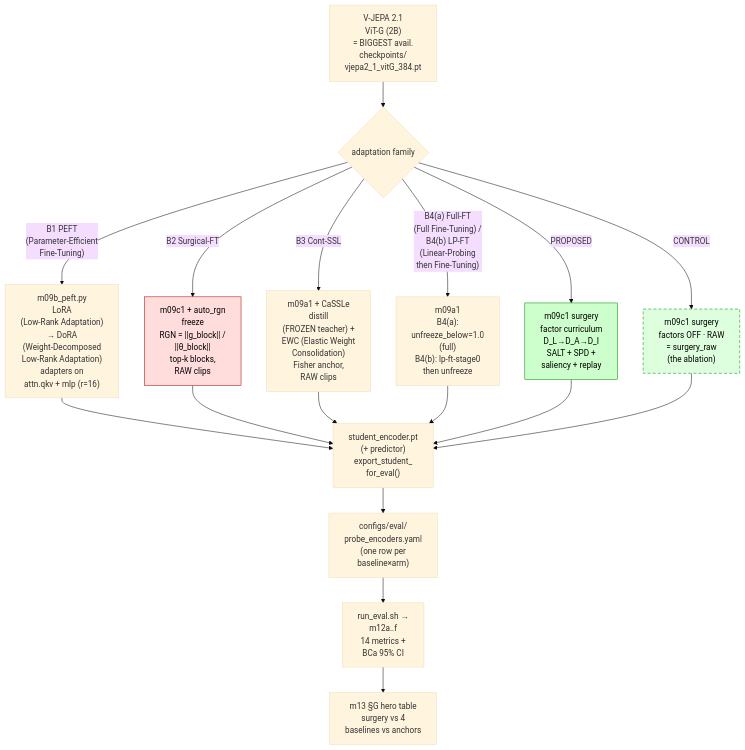
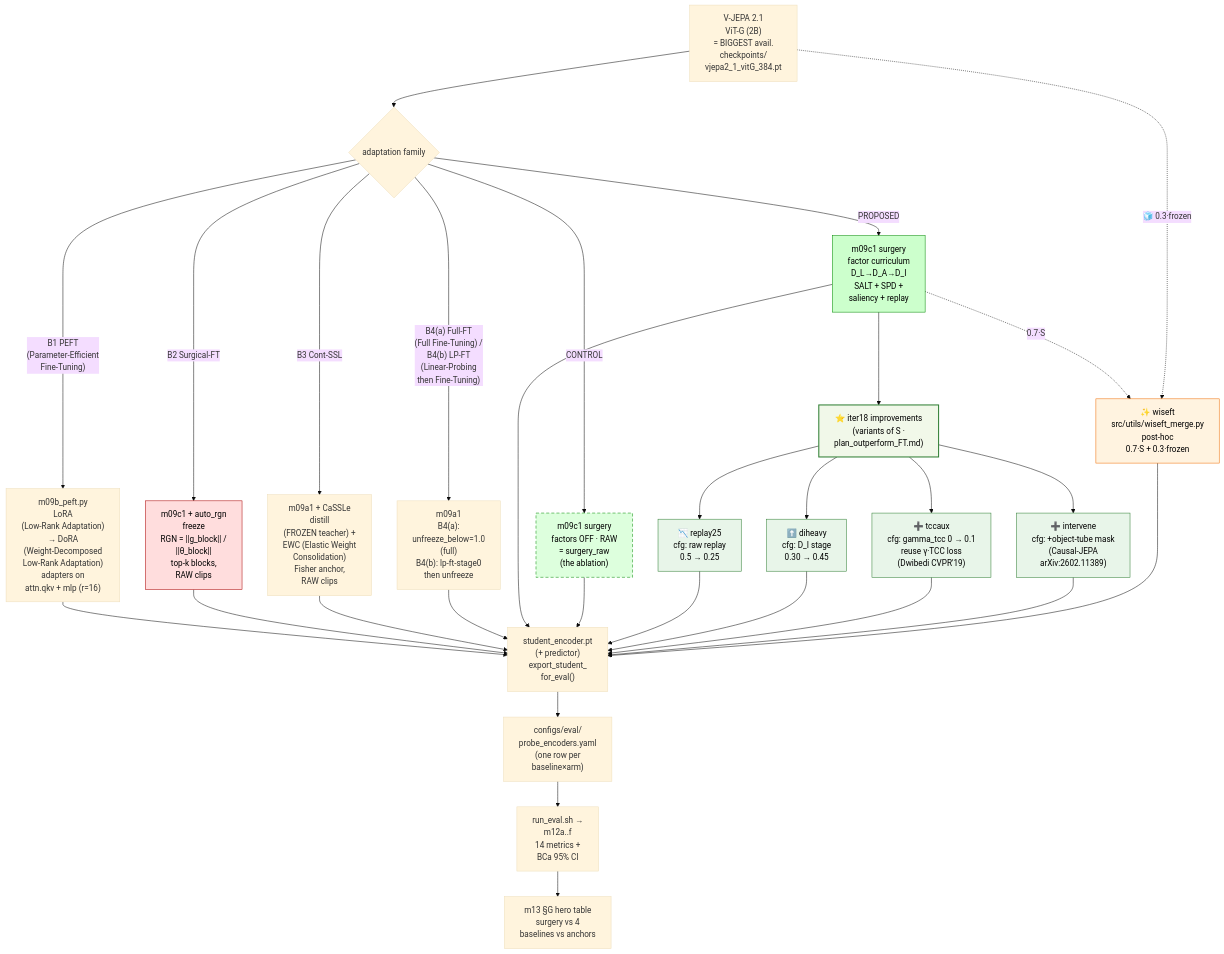
One commit to kapilw25/LLM_asAgent_3D_SR changed diagram 13 of 13 in iter/utils/high_level_mermaid_SD.md. Above: the diagram before and after it, drawn with Mermaid (base theme). The commit also changed other lines of this file and 13 other files, not shown here.

````diff
--- a/iter/utils/high_level_mermaid_SD.md
+++ b/iter/utils/high_level_mermaid_SD.md
@@ -456,20 +477,34 @@
 ```mermaid
 flowchart TD
     CKPT["V-JEPA 2.1<br>ViT-G (2B)<br>= BIGGEST avail.<br>checkpoints/<br>vjepa2_1_vitG_384.pt"] --> SEL{adaptation family}
 
     SEL -->|"B1 PEFT<br>(Parameter-Efficient<br>Fine-Tuning)"| B1["m09b_peft.py<br>LoRA<br>(Low-Rank Adaptation)<br>→ DoRA<br>(Weight-Decomposed<br>Low-Rank Adaptation)<br>adapters on<br>attn.qkv + mlp (r=16)"]
     SEL -->|"B2 Surgical-FT"| B2["m09c1 + auto_rgn<br>freeze<br>RGN = ||g_block|| /<br>||θ_block||<br>top-k blocks,<br>RAW clips"]
     SEL -->|"B3 Cont-SSL"| B3["m09a1 + CaSSLe<br>distill<br>(FROZEN teacher) +<br>EWC (Elastic Weight<br>Consolidation)<br>Fisher anchor,<br>RAW clips"]
     SEL -->|"B4(a) Full-FT<br>(Full Fine-Tuning) /<br>B4(b) LP-FT<br>(Linear-Probing<br>then Fine-Tuning)"| B4["m09a1<br>B4(a):<br>unfreeze_below=1.0<br>(full)<br>B4(b): lp-ft-stage0<br>then unfreeze"]
     SEL -->|"PROPOSED"| S["m09c1 surgery<br>factor curriculum<br>D_L→D_A→D_I<br>SALT + SPD +<br>saliency + replay"]
     SEL -->|"CONTROL"| SR["m09c1 surgery<br>factors OFF · RAW<br>= surgery_raw<br>(the ablation)"]
 
-    B1 & B2 & B3 & B4 & S & SR --> EXP["student_encoder.pt<br>(+ predictor)<br>export_student_<br>for_eval()"]
+    S --> IMP["⭐ iter18 improvements<br>(variants of S ·<br>plan_outperform_FT.md)"]
+    IMP --> V1["📉 replay25<br>cfg: raw replay<br>0.5 → 0.25"]
+    IMP --> V2["⬆️ diheavy<br>cfg: D_I stage<br>0.30 → 0.45"]
+    IMP --> V3["➕ tccaux<br>cfg: gamma_tcc 0 → 0.1<br>reuse γ·TCC loss<br>(Dwibedi CVPR'19)"]
+    IMP --> V4["➕ intervene<br>cfg: +object-tube mask<br>(Causal-JEPA<br>arXiv:2602.11389)"]
+    S -.->|"0.7·S"| V5["✨ wiseft<br>src/utils/wiseft_merge.py<br>post-hoc<br>0.7·S + 0.3·frozen"]
+    CKPT -.->|"🧊 0.3·frozen"| V5
+
+    B1 & B2 & B3 & B4 & S & SR & V1 & V2 & V3 & V4 & V5 --> EXP["student_encoder.pt<br>(+ predictor)<br>export_student_<br>for_eval()"]
     EXP --> REG["configs/eval/<br>probe_encoders.yaml<br>(one row per<br>baseline×arm)"]
     REG --> EVAL["run_eval.sh →<br>m12a..f<br>14 metrics +<br>BCa 95% CI"]
     EVAL --> HERO["m13 §G hero table<br>surgery vs 4<br>baselines vs anchors"]
 
     style S fill:#cfc,stroke:#080,color:#000
     style SR fill:#dfd,stroke:#080,stroke-dasharray:6 4,color:#000
     style B2 fill:#fdd,stroke:#a00,color:#000
+    style IMP fill:#f1f8e9,stroke:#2e7d32,stroke-width:2px,color:#000
+    style V1 fill:#e8f5e9,stroke:#2e7d32,color:#000
+    style V2 fill:#e8f5e9,stroke:#2e7d32,color:#000
+    style V3 fill:#e8f5e9,stroke:#2e7d32,color:#000
+    style V4 fill:#e8f5e9,stroke:#2e7d32,color:#000
+    style V5 fill:#fff3e0,stroke:#ef6c00,color:#000
 ```
````
